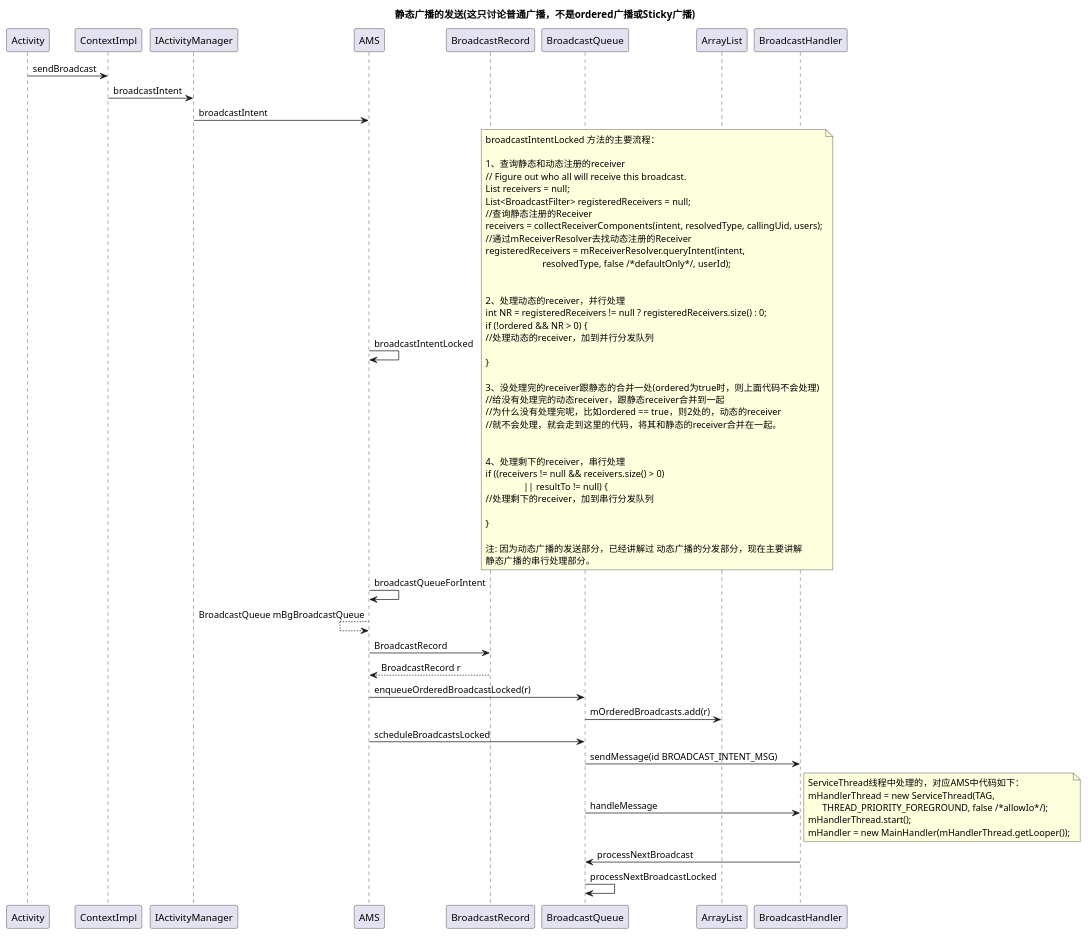
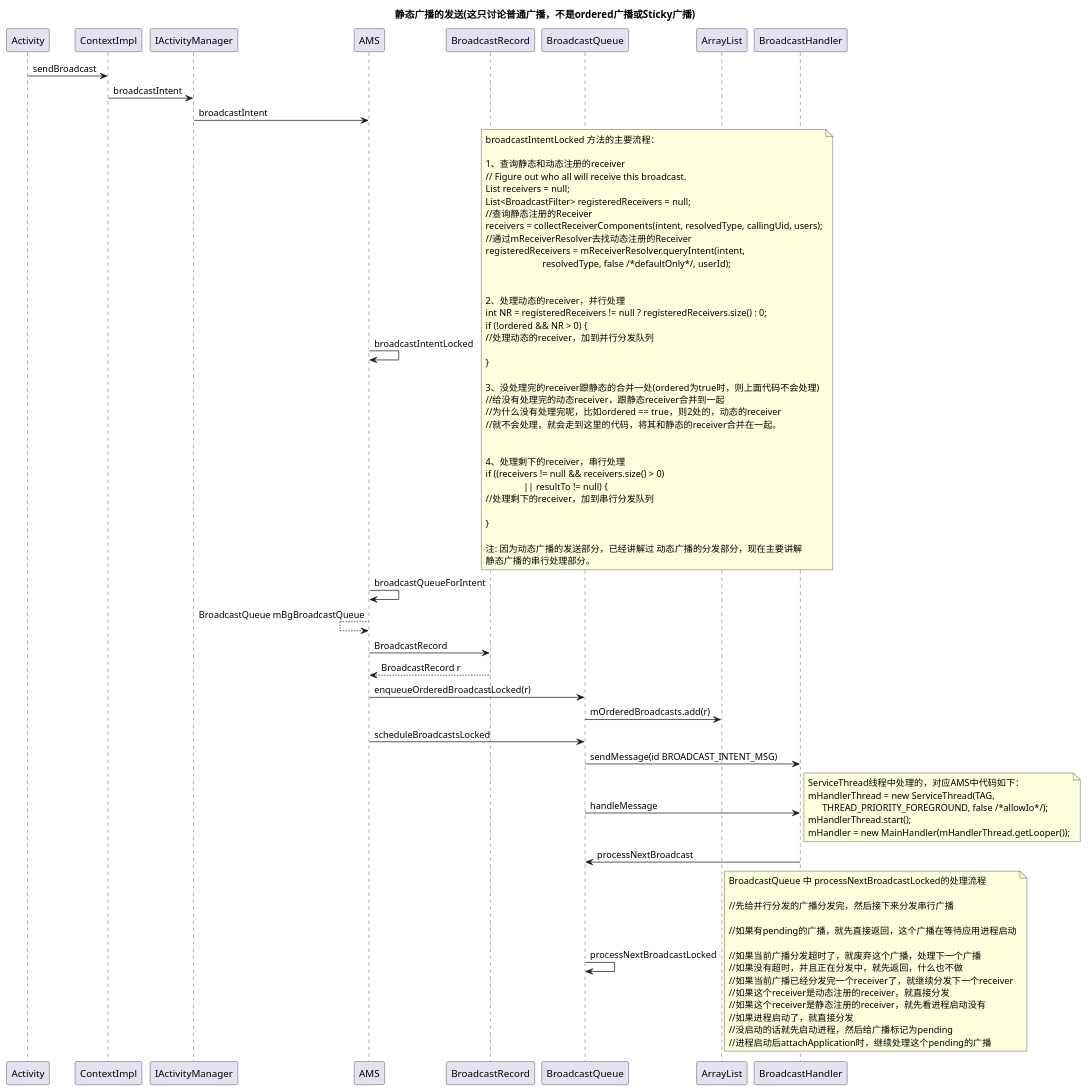
Before and after one commit to KentTJ/ImoocRxJavaStudy: the diagram in Android_framework_sequences/广播_静态广播_02_发送.puml, drawn with PlantUML.

Commit message:
静态广播。

```diff
--- a/Android_framework_sequences/广播_静态广播_02_发送.puml
+++ b/Android_framework_sequences/广播_静态广播_02_发送.puml
@@ -1,88 +1,104 @@
 @startuml
 title 静态广播的发送(这只讨论普通广播，不是ordered广播或Sticky广播)
 
 Activity -> ContextImpl : sendBroadcast
 
 ContextImpl -> IActivityManager : broadcastIntent
 
 IActivityManager -> AMS : broadcastIntent
 
 AMS -> AMS : broadcastIntentLocked
 note right
 broadcastIntentLocked 方法的主要流程：
 
 1、查询静态和动态注册的receiver
 // Figure out who all will receive this broadcast.
 List receivers = null;
 List<BroadcastFilter> registeredReceivers = null;
 //查询静态注册的Receiver
 receivers = collectReceiverComponents(intent, resolvedType, callingUid, users);
 //通过mReceiverResolver去找动态注册的Receiver
 registeredReceivers = mReceiverResolver.queryIntent(intent,
                         resolvedType, false /*defaultOnly*/, userId);
 
 
 2、处理动态的receiver，并行处理
 int NR = registeredReceivers != null ? registeredReceivers.size() : 0;
 if (!ordered && NR > 0) {
 //处理动态的receiver，加到并行分发队列
 
 }
 
 3、没处理完的receiver跟静态的合并一处(ordered为true时，则上面代码不会处理)
 //给没有处理完的动态receiver，跟静态receiver合并到一起
 //为什么没有处理完呢，比如ordered == true，则2处的，动态的receiver
 //就不会处理，就会走到这里的代码，将其和静态的receiver合并在一起。
 
 
 4、处理剩下的receiver，串行处理
 if ((receivers != null && receivers.size() > 0)
                 || resultTo != null) {
 //处理剩下的receiver，加到串行分发队列
 
 }
 
 注: 因为动态广播的发送部分，已经讲解过 动态广播的分发部分，现在主要讲解
 静态广播的串行处理部分。
 end note
 'if ((receivers != null && receivers.size() > 0)
  '                || resultTo != null) {
  '            BroadcastQueue queue = broadcastQueueForIntent(intent);
  '            BroadcastRecord r = new BroadcastRecord(queue, intent, callerApp,
  '                    callerPackage, callingPid, callingUid, callerInstantApp, resolvedType,
  '                    requiredPermissions, appOp, brOptions, receivers, resultTo, resultCode,
  '                    resultData, resultExtras, ordered, sticky, false, userId);
  '                queue.enqueueOrderedBroadcastLocked(r);
  '                queue.scheduleBroadcastsLocked();
  '}
 
 AMS -> AMS : broadcastQueueForIntent
 AMS <-- AMS : BroadcastQueue mBgBroadcastQueue
 
 AMS -> BroadcastRecord : BroadcastRecord
 AMS <-- BroadcastRecord : BroadcastRecord r
 
 AMS -> BroadcastQueue : enqueueOrderedBroadcastLocked(r)
 
 BroadcastQueue -> ArrayList : mOrderedBroadcasts.add(r)
 
 AMS -> BroadcastQueue : scheduleBroadcastsLocked
 
 BroadcastQueue -> BroadcastHandler : sendMessage(id BROADCAST_INTENT_MSG)
 
 BroadcastQueue -> BroadcastHandler : handleMessage
 note right
 ServiceThread线程中处理的，对应AMS中代码如下：
 mHandlerThread = new ServiceThread(TAG,
       THREAD_PRIORITY_FOREGROUND, false /*allowIo*/);
 mHandlerThread.start();
 mHandler = new MainHandler(mHandlerThread.getLooper());
 end note
 
 BroadcastHandler -> BroadcastQueue : processNextBroadcast
 
 BroadcastQueue -> BroadcastQueue : processNextBroadcastLocked
+note right
+BroadcastQueue 中 processNextBroadcastLocked的处理流程
+
+//先给并行分发的广播分发完，然后接下来分发串行广播
+
+//如果有pending的广播，就先直接返回，这个广播在等待应用进程启动
+
+//如果当前广播分发超时了，就废弃这个广播，处理下一个广播
+//如果没有超时，并且正在分发中，就先返回，什么也不做
+//如果当前广播已经分发完一个receiver了，就继续分发下一个receiver
+//如果这个receiver是动态注册的receiver，就直接分发
+//如果这个receiver是静态注册的receiver，就先看进程启动没有
+//如果进程启动了，就直接分发
+//没启动的话就先启动进程，然后给广播标记为pending
+//进程启动后attachApplication时，继续处理这个pending的广播
+end note
 
 
 
 @enduml
```
